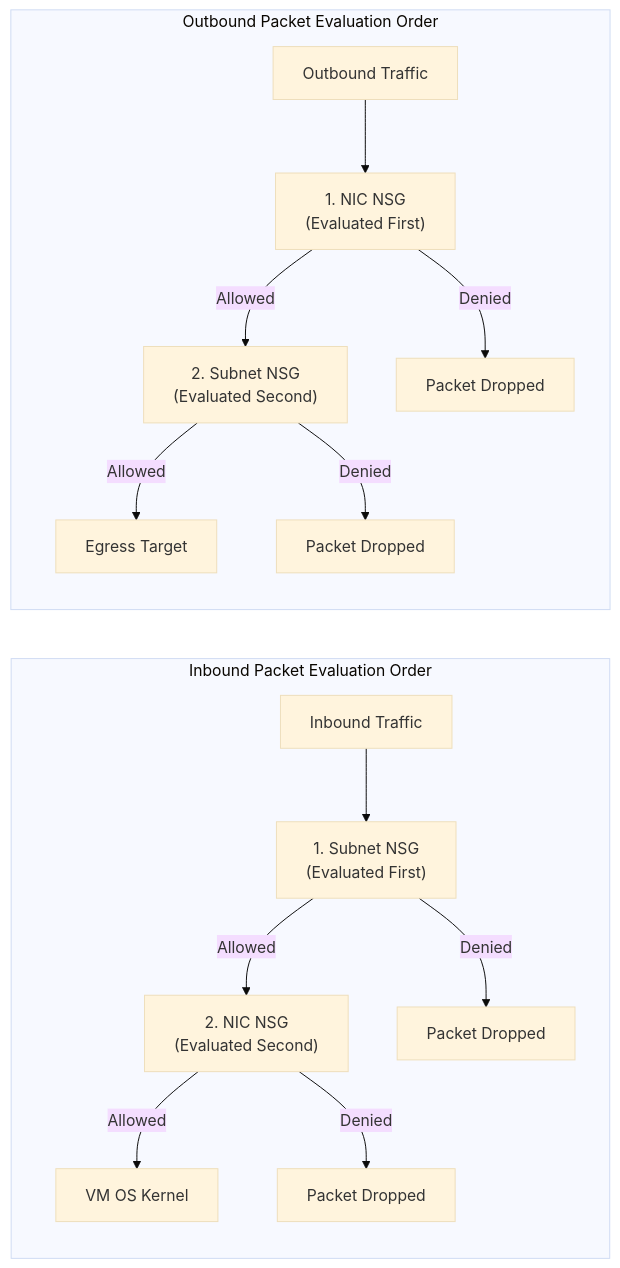
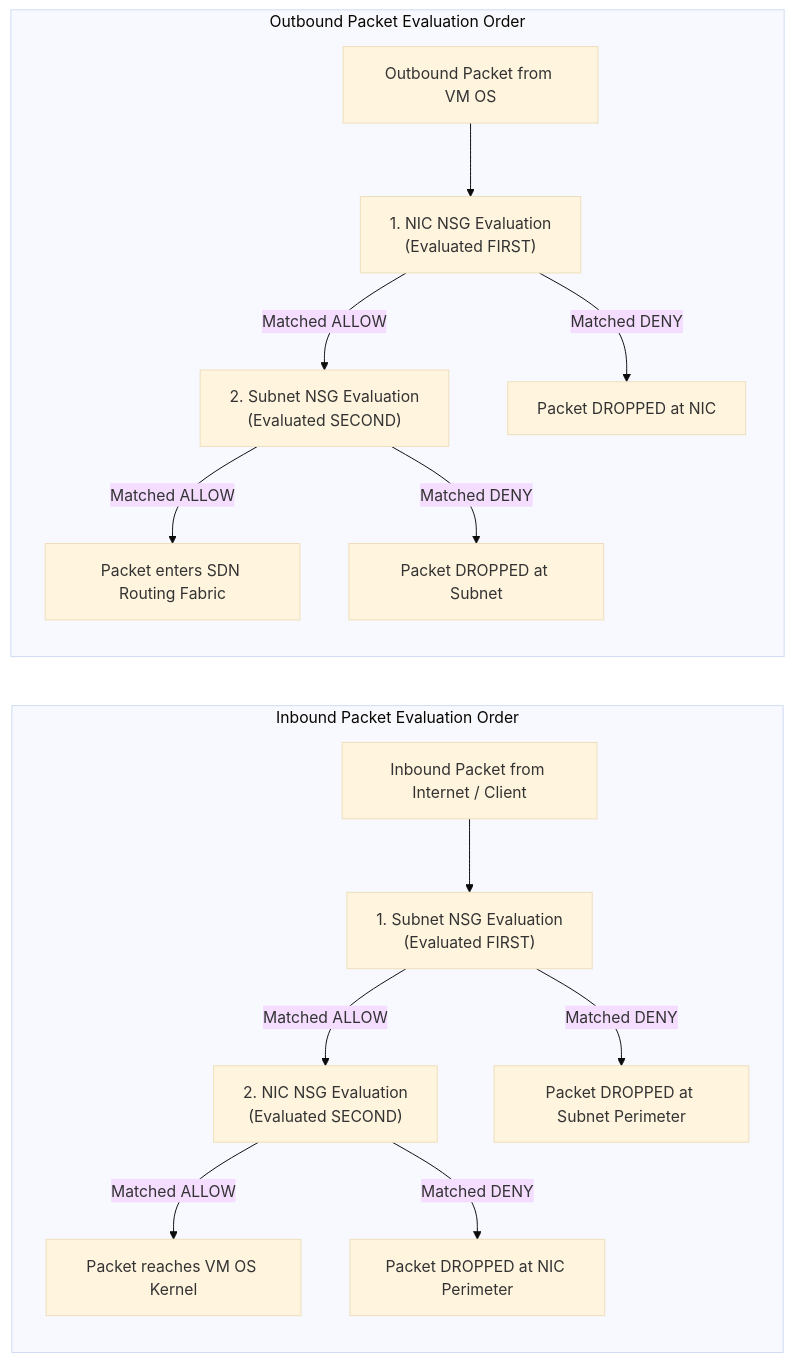
Before and after one commit to kmashour/BrainDump: the first of 2 diagrams in Reference Notes/13-104-05_administer_virtual_networking.md, drawn with Mermaid (base theme). The commit also changed other lines of this file and 13 other files, not shown here.

Commit message:
feat(az-104): re-architect complete 12-module curriculum into progressive masterclass lecture series with lab bridges

````diff
--- a/Reference Notes/13-104-05_administer_virtual_networking.md
+++ b/Reference Notes/13-104-05_administer_virtual_networking.md
@@ -123,18 +186,18 @@
 ```mermaid
 flowchart LR
-    subgraph InboundFlow ["Inbound Packet Evaluation Order"]
-        PacketIn["Inbound Traffic"] --> SubnetNSG["1. Subnet NSG\n(Evaluated First)"]
-        SubnetNSG -->|Allowed| NicNSG["2. NIC NSG\n(Evaluated Second)"]
-        NicNSG -->|Allowed| VM_Host["VM OS Kernel"]
-        SubnetNSG -->|Denied| Drop1["Packet Dropped"]
-        NicNSG -->|Denied| Drop2["Packet Dropped"]
+    subgraph InboundPipeline ["Inbound Packet Evaluation Order"]
+        InPacket["Inbound Packet from Internet / Client"] --> SubnetCheck["1. Subnet NSG Evaluation\n(Evaluated FIRST)"]
+        SubnetCheck -- "Matched ALLOW" --> NicCheck["2. NIC NSG Evaluation\n(Evaluated SECOND)"]
+        SubnetCheck -- "Matched DENY" --> Drop1["Packet DROPPED at Subnet Perimeter"]
+        NicCheck -- "Matched ALLOW" --> VMPass["Packet reaches VM OS Kernel"]
+        NicCheck -- "Matched DENY" --> Drop2["Packet DROPPED at NIC Perimeter"]
     end
 
-    subgraph OutboundFlow ["Outbound Packet Evaluation Order"]
-        PacketOut["Outbound Traffic"] --> NicNSG_Out["1. NIC NSG\n(Evaluated First)"]
-        NicNSG_Out -->|Allowed| SubnetNSG_Out["2. Subnet NSG\n(Evaluated Second)"]
-        SubnetNSG_Out -->|Allowed| Dest["Egress Target"]
-        NicNSG_Out -->|Denied| Drop3["Packet Dropped"]
-        SubnetNSG_Out -->|Denied| Drop4["Packet Dropped"]
+    subgraph OutboundPipeline ["Outbound Packet Evaluation Order"]
+        OutPacket["Outbound Packet from VM OS"] --> NicOutCheck["1. NIC NSG Evaluation\n(Evaluated FIRST)"]
+        NicOutCheck -- "Matched ALLOW" --> SubnetOutCheck["2. Subnet NSG Evaluation\n(Evaluated SECOND)"]
+        NicOutCheck -- "Matched DENY" --> Drop3["Packet DROPPED at NIC"]
+        SubnetOutCheck -- "Matched ALLOW" --> Egress["Packet enters SDN Routing Fabric"]
+        SubnetOutCheck -- "Matched DENY" --> Drop4["Packet DROPPED at Subnet"]
     end
 ```
````
